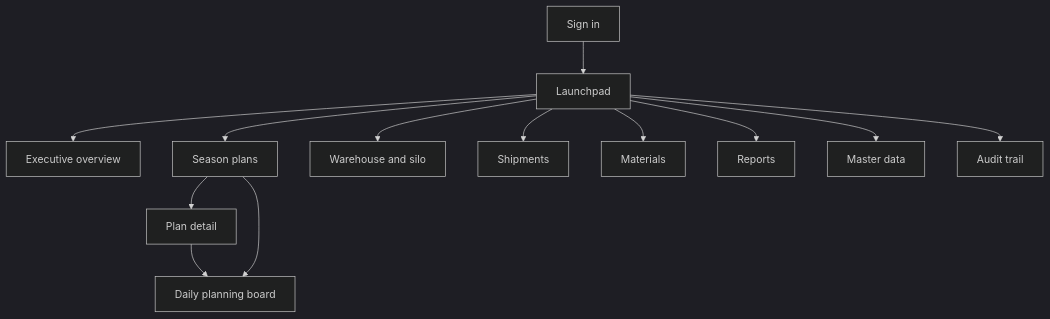
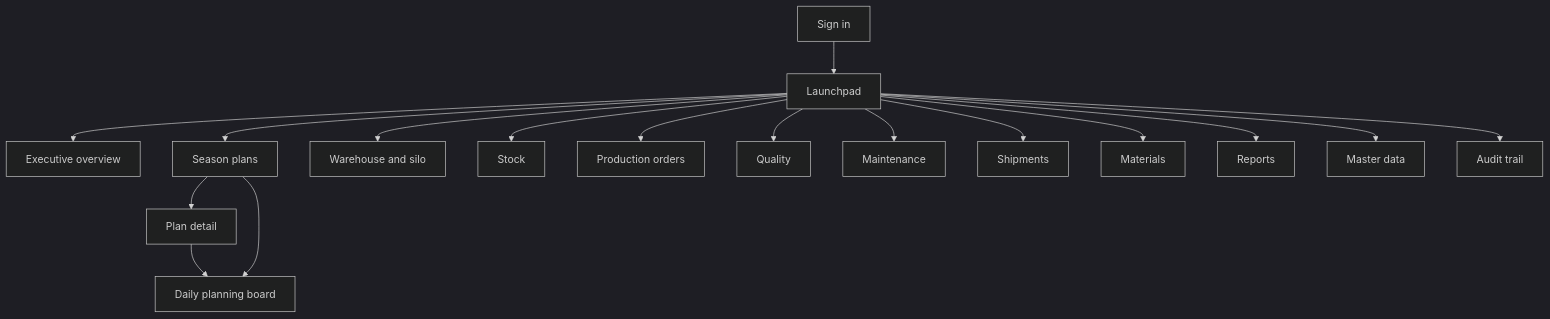
One commit to Sovanna2011/Claude-Code changed the diagram in sugar-planning/docs/08-ui-sitemap.md. Above: the diagram before and after it, drawn with Mermaid (dark theme). The commit also changed other lines of this file and 37 other files, not shown here.

````diff
--- a/sugar-planning/docs/08-ui-sitemap.md
+++ b/sugar-planning/docs/08-ui-sitemap.md
@@ -11,15 +11,19 @@
 ```mermaid
 flowchart TD
     L[Sign in] --> H[Launchpad]
     H --> O[Executive overview]
     H --> P[Season plans]
     P --> PD[Plan detail]
     PD --> B[Daily planning board]
     P --> B
     H --> W[Warehouse and silo]
+    H --> ST[Stock]
+    H --> PO[Production orders]
+    H --> Q[Quality]
+    H --> MN[Maintenance]
     H --> S[Shipments]
     H --> M[Materials]
     H --> R[Reports]
     H --> MD[Master data]
     H --> A[Audit trail]
 ```
````
